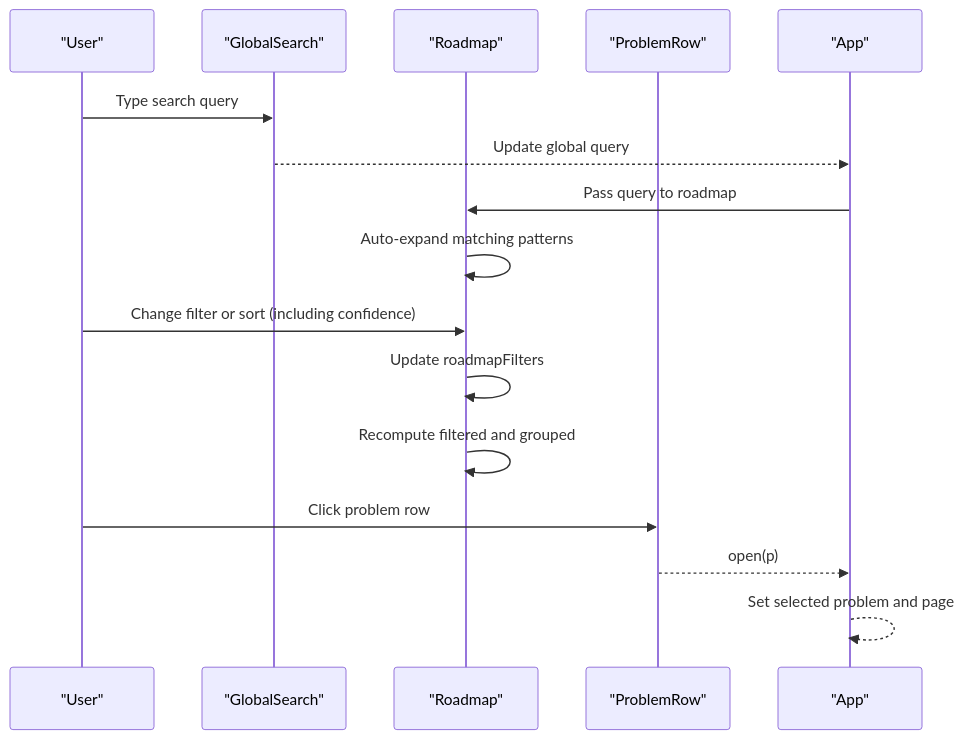
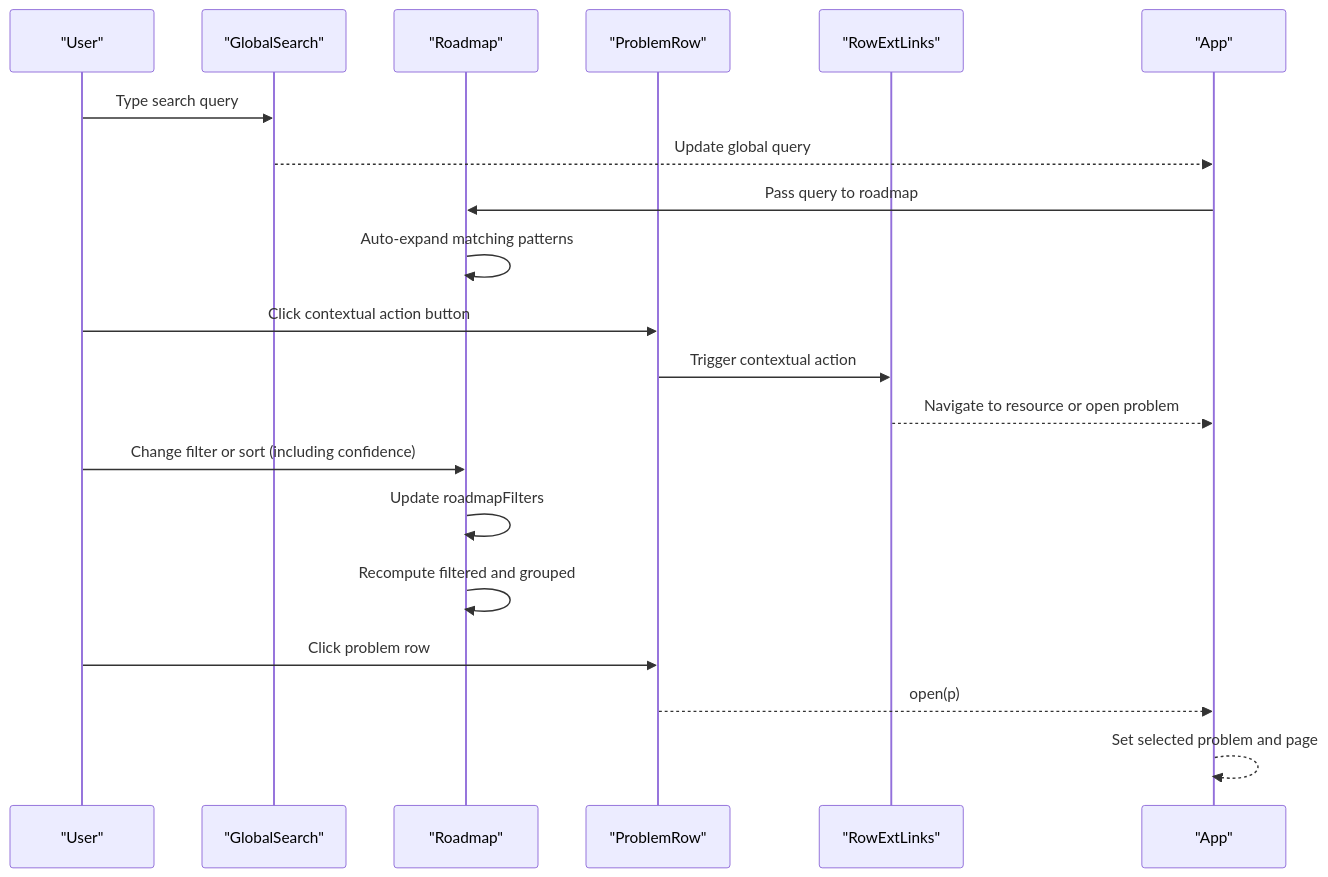
Before and after one commit to iamrituraj/DSA-Tracker: the ninth of 11 diagrams in .qoder/repowiki/en/content/Frontend Application/Roadmap Component.md, drawn with Mermaid. The commit also changed other lines of this file and 21 other files, not shown here.

````diff
--- a/.qoder/repowiki/en/content/Frontend Application/Roadmap Component.md
+++ b/.qoder/repowiki/en/content/Frontend Application/Roadmap Component.md
@@ -297,18 +357,22 @@
 ```mermaid
 sequenceDiagram
 participant U as "User"
 participant GS as "GlobalSearch"
 participant RM as "Roadmap"
 participant PR as "ProblemRow"
+participant REL as "RowExtLinks"
 participant App as "App"
 U->>GS : Type search query
 GS-->>App : Update global query
 App->>RM : Pass query to roadmap
 RM->>RM : Auto-expand matching patterns
+U->>PR : Click contextual action button
+PR->>REL : Trigger contextual action
+REL-->>App : Navigate to resource or open problem
 U->>RM : Change filter or sort (including confidence)
 RM->>RM : Update roadmapFilters
 RM->>RM : Recompute filtered and grouped
 U->>PR : Click problem row
 PR-->>App : open(p)
 App-->>App : Set selected problem and page
 ```
````
